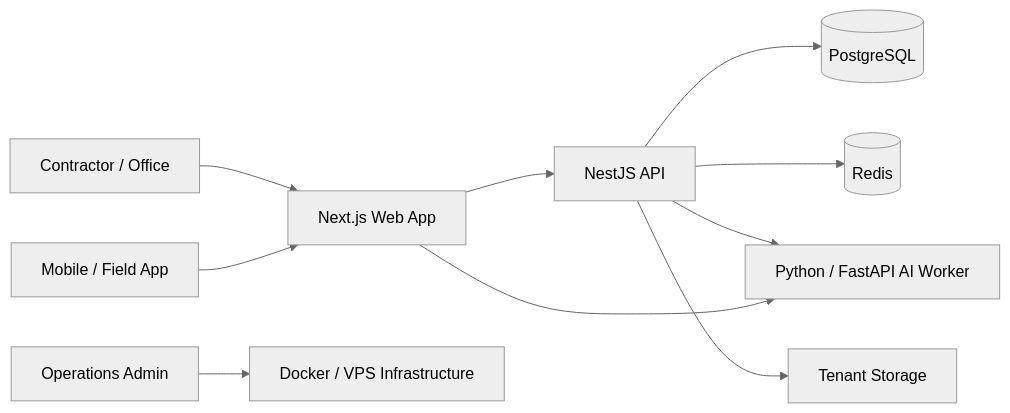
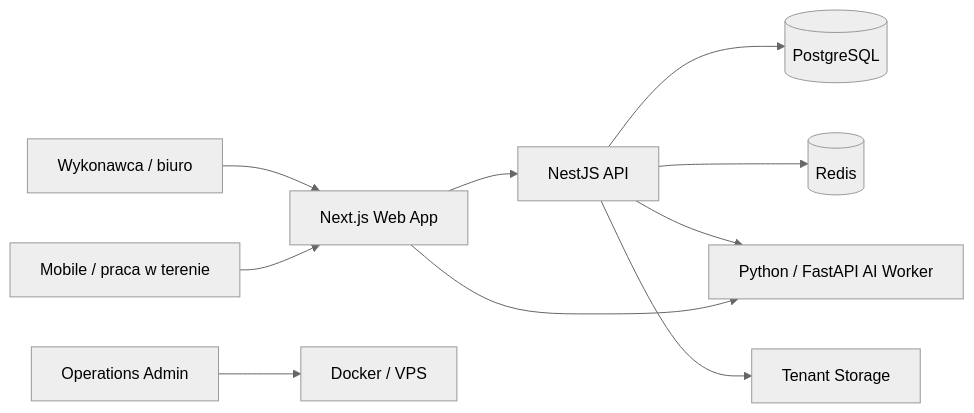
The diagram in README.md (PeterNowacki113/costor-saas), drawn with Mermaid (neutral theme) before and after one commit. The commit also changed other lines of this file, not shown here.

````diff
--- a/README.md
+++ b/README.md
@@ -92,12 +96,12 @@
 ```mermaid
 flowchart LR
-    USER[Contractor / Office] --> WEB[Next.js Web App]
-    FIELD[Mobile / Field App] --> WEB
-    WEB --> API[NestJS API]
+    USER["Wykonawca / biuro"] --> WEB["Next.js Web App"]
+    FIELD["Mobile / praca w terenie"] --> WEB
+    WEB --> API["NestJS API"]
     API --> DB[(PostgreSQL)]
     API --> REDIS[(Redis)]
-    API --> AI[Python / FastAPI AI Worker]
+    API --> AI["Python / FastAPI AI Worker"]
     WEB --> AI
-    API --> STORAGE[Tenant Storage]
-    OPS[Operations Admin] --> INFRA[Docker / VPS Infrastructure]
+    API --> STORAGE["Tenant Storage"]
+    OPS["Operations Admin"] --> INFRA["Docker / VPS"]
 ```
````
